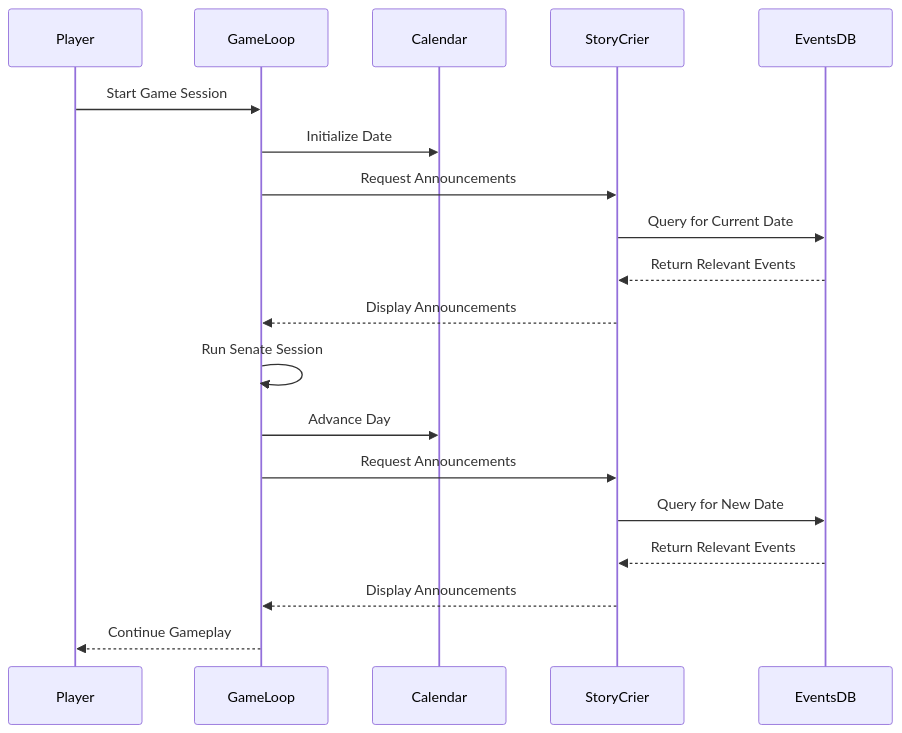
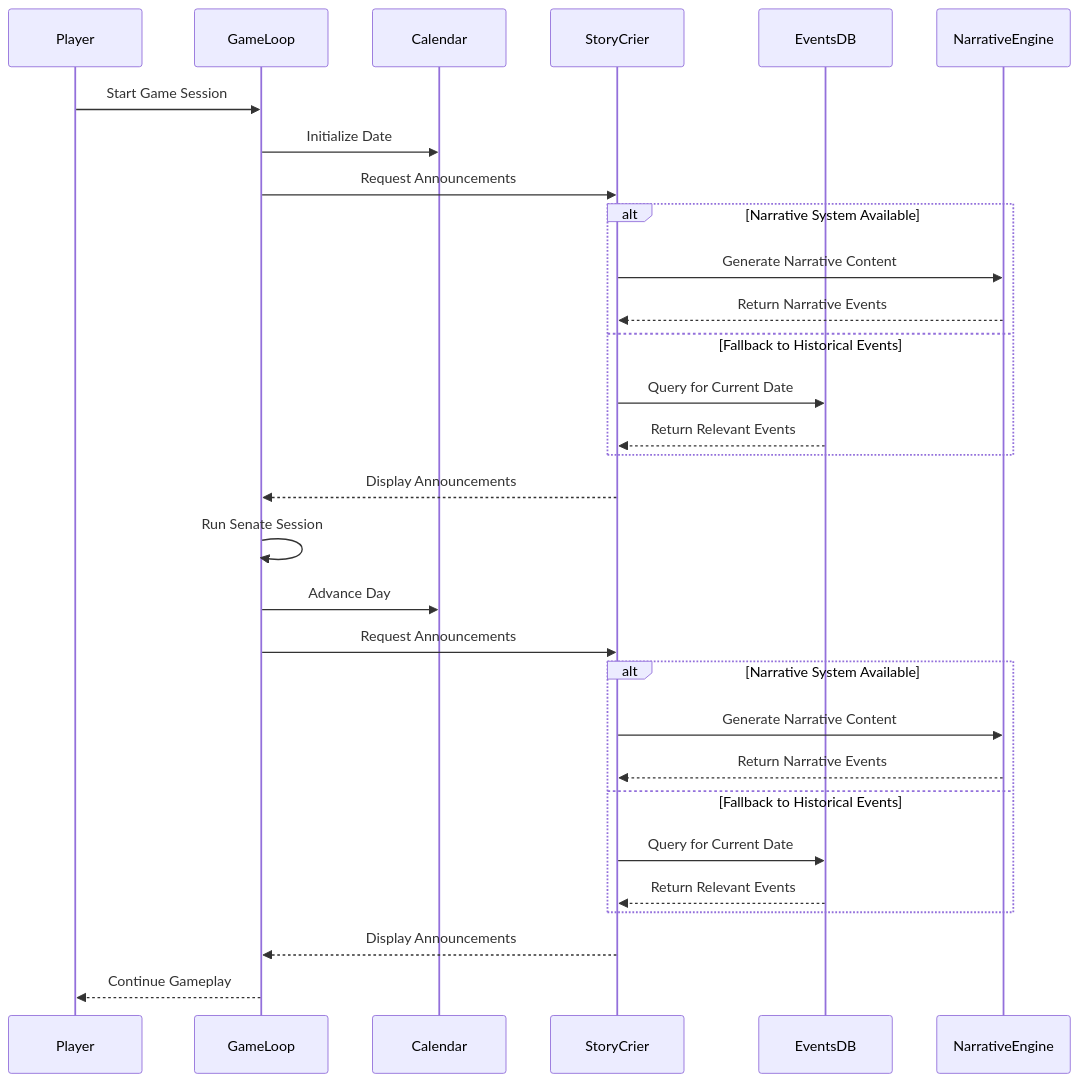
One commit to ianlintner/forum changed the diagram in docs/components/story_crier.md. Above: the diagram before and after it, drawn with Mermaid. The commit also changed other lines of this file and 48 other files, not shown here.

````diff
--- a/docs/components/story_crier.md
+++ b/docs/components/story_crier.md
@@ -61,23 +81,38 @@
 ```mermaid
 sequenceDiagram
     participant Player
     participant GameLoop
     participant Calendar
     participant StoryCrier
     participant EventsDB
+    participant NarrativeEngine
     
     Player->>GameLoop: Start Game Session
     GameLoop->>Calendar: Initialize Date
     GameLoop->>StoryCrier: Request Announcements
-    StoryCrier->>EventsDB: Query for Current Date
-    EventsDB-->>StoryCrier: Return Relevant Events
+    
+    alt Narrative System Available
+        StoryCrier->>NarrativeEngine: Generate Narrative Content
+        NarrativeEngine-->>StoryCrier: Return Narrative Events
+    else Fallback to Historical Events
+        StoryCrier->>EventsDB: Query for Current Date
+        EventsDB-->>StoryCrier: Return Relevant Events
+    end
+    
     StoryCrier-->>GameLoop: Display Announcements
     
     GameLoop->>GameLoop: Run Senate Session
     GameLoop->>Calendar: Advance Day
     GameLoop->>StoryCrier: Request Announcements
-    StoryCrier->>EventsDB: Query for New Date
-    EventsDB-->>StoryCrier: Return Relevant Events
+    
+    alt Narrative System Available
+        StoryCrier->>NarrativeEngine: Generate Narrative Content
+        NarrativeEngine-->>StoryCrier: Return Narrative Events
+    else Fallback to Historical Events
+        StoryCrier->>EventsDB: Query for Current Date
+        EventsDB-->>StoryCrier: Return Relevant Events
+    end
+    
     StoryCrier-->>GameLoop: Display Announcements
     GameLoop-->>Player: Continue Gameplay
 ```
````
